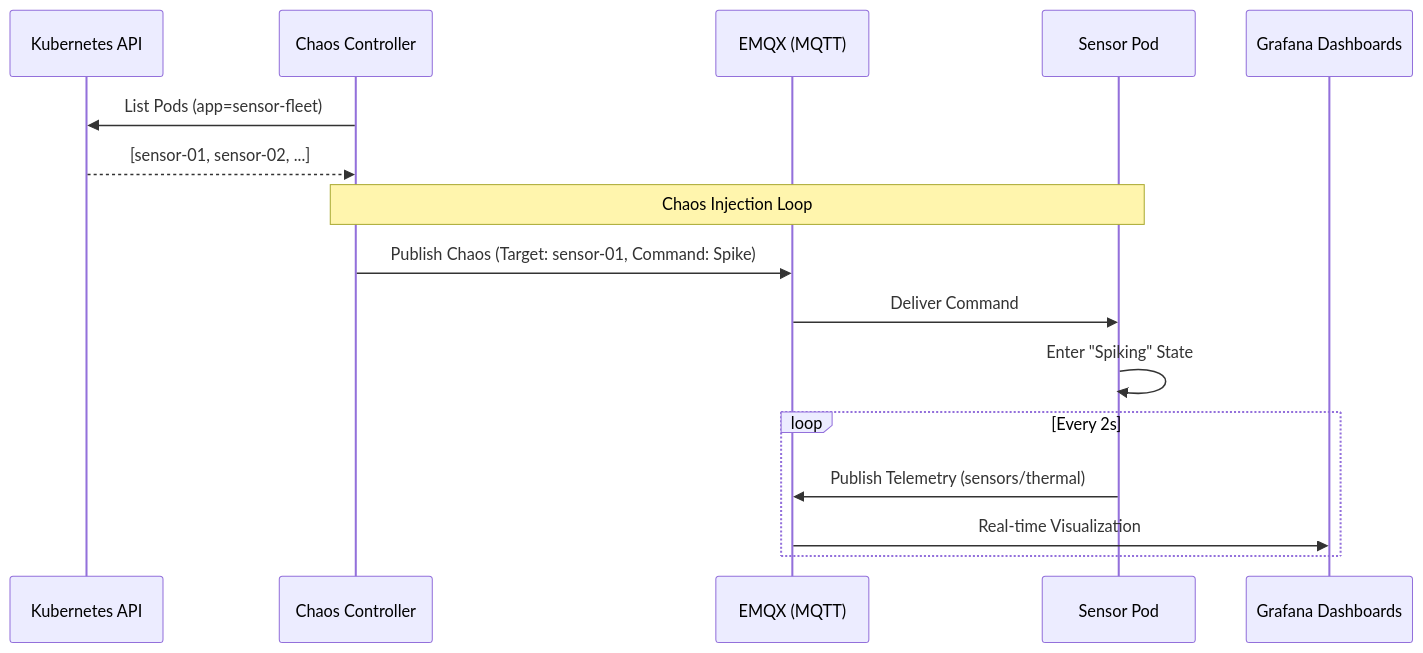
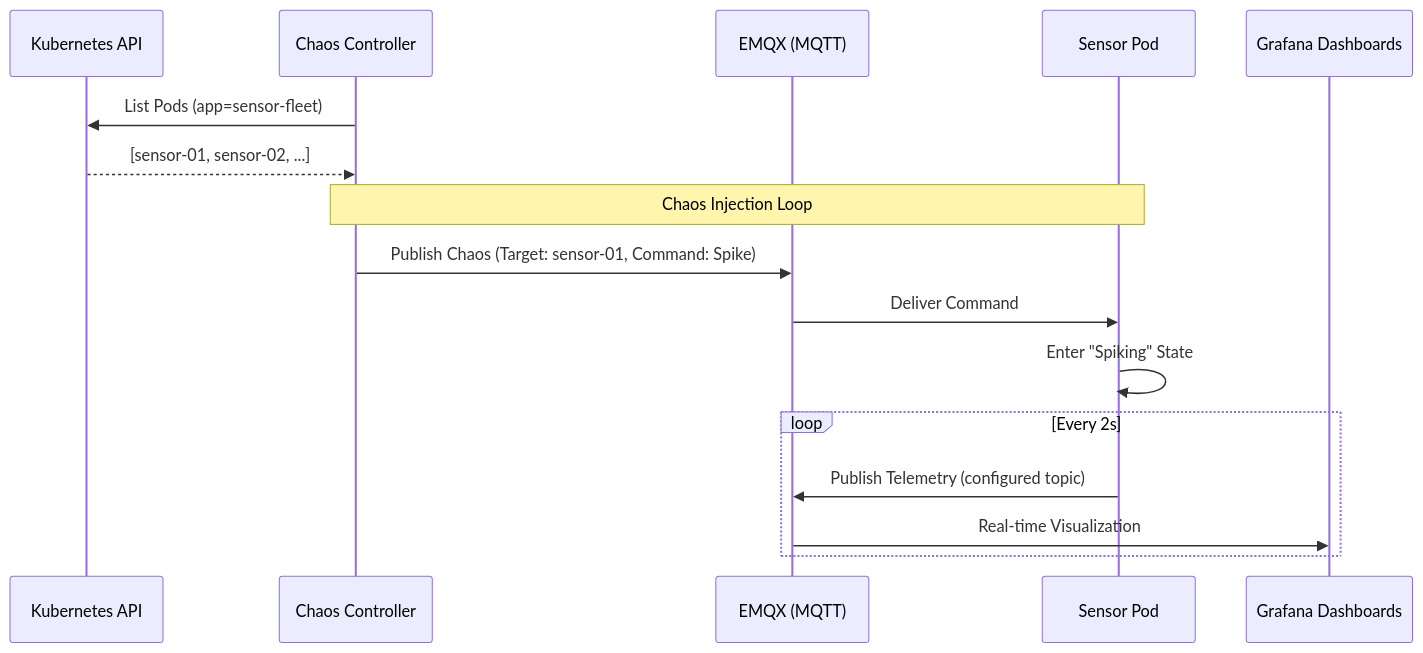
One commit to victoriacheng15/observability-hub changed the diagram in docs/architecture/services/hardware-sim.md. Above: the diagram before and after it, drawn with Mermaid. The commit also changed other lines of this file and 6 other files, not shown here.

````diff
--- a/docs/architecture/services/hardware-sim.md
+++ b/docs/architecture/services/hardware-sim.md
@@ -57,21 +59,21 @@
 ```mermaid
 sequenceDiagram
     participant K8s as Kubernetes API
     participant Chaos as Chaos Controller
     participant Broker as EMQX (MQTT)
     participant Sensor as Sensor Pod
     participant Viz as Grafana Dashboards
 
     Chaos->>K8s: List Pods (app=sensor-fleet)
     K8s-->>Chaos: [sensor-01, sensor-02, ...]
     
     Note over Chaos, Sensor: Chaos Injection Loop
     Chaos->>Broker: Publish Chaos (Target: sensor-01, Command: Spike)
     Broker->>Sensor: Deliver Command
     Sensor->>Sensor: Enter "Spiking" State
 
     loop Every 2s
-        Sensor->>Broker: Publish Telemetry (sensors/thermal)
+        Sensor->>Broker: Publish Telemetry (configured topic)
         Broker->>Viz: Real-time Visualization
     end
 ```
````
